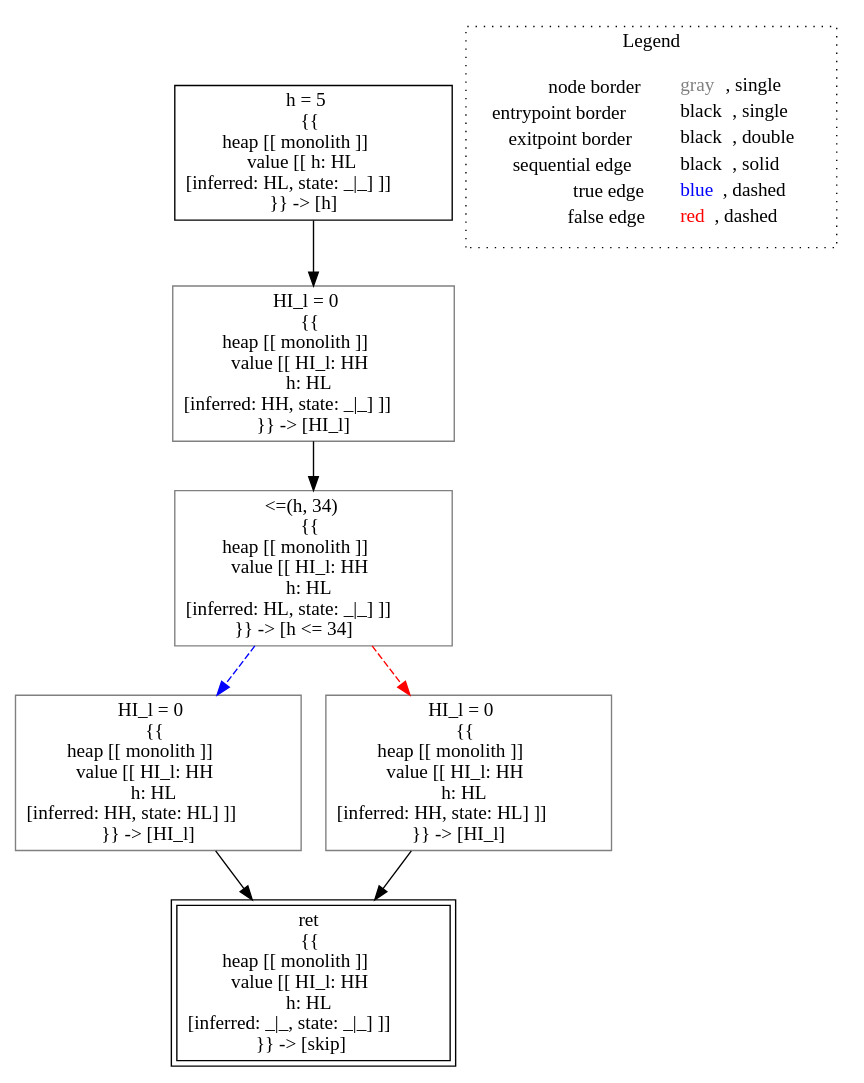
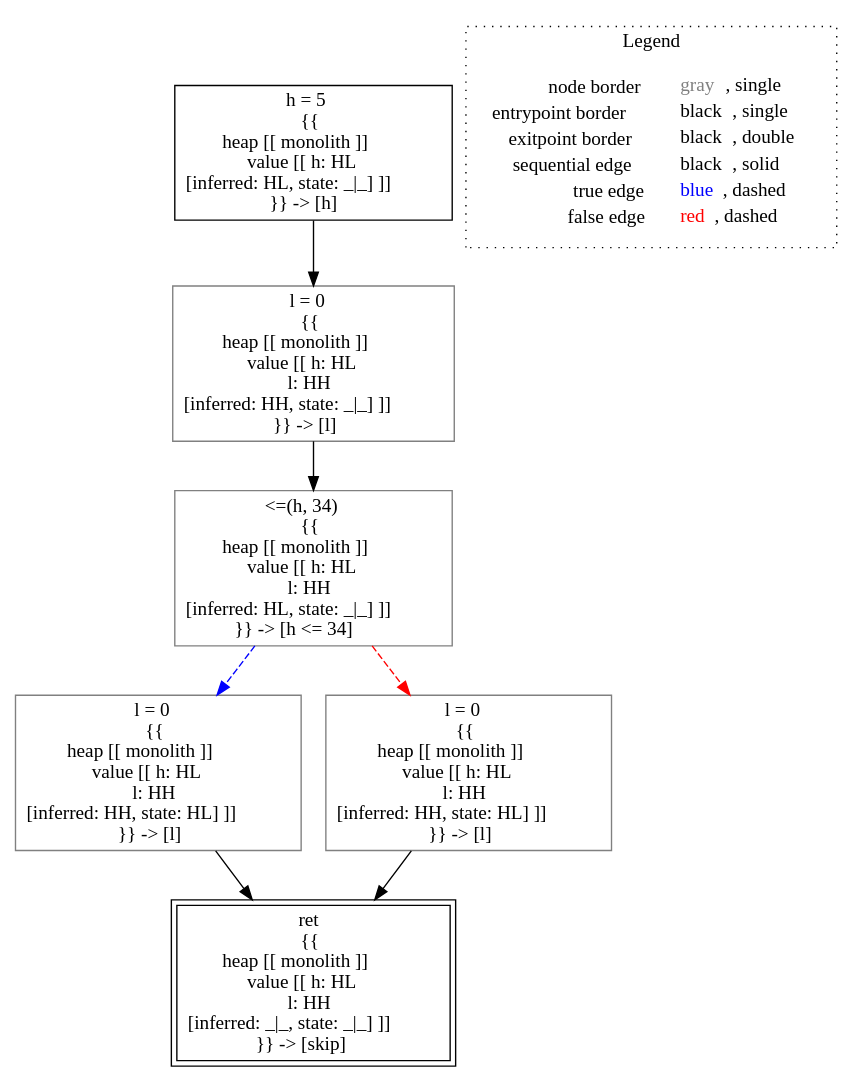
One commit to lisa-analyzer/lisa changed the diagram in lisa/imp-testcases/non-interference/integrity/analysis___untyped_Integrity.integrity_lec19ex5(Integrity_this).dot. Above: the diagram before and after it, drawn with Graphviz. The commit also changed 30 other files, not shown here.

```diff
--- a/lisa/imp-testcases/non-interference/integrity/analysis___untyped_Integrity.integrity_lec19ex5(Integrity_this).dot
+++ b/lisa/imp-testcases/non-interference/integrity/analysis___untyped_Integrity.integrity_lec19ex5(Integrity_this).dot
@@ -1,21 +1,21 @@
 digraph {
 	"node0" [shape="rect",color="black",label=<h = 5<BR/>{{<BR/>heap [[ monolith ]]<BR/>value [[ h: HL<BR/>[inferred: HL, state: _|_] ]]<BR/>}} -&gt; [h]>];
-	"node1" [shape="rect",color="gray",label=<&lt;=(h, 34)<BR/>{{<BR/>heap [[ monolith ]]<BR/>value [[ HI_l: HH<BR/>h: HL<BR/>[inferred: HL, state: _|_] ]]<BR/>}} -&gt; [h &lt;= 34]>];
-	"node2" [shape="rect",color="gray",label=<HI_l = 0<BR/>{{<BR/>heap [[ monolith ]]<BR/>value [[ HI_l: HH<BR/>h: HL<BR/>[inferred: HH, state: HL] ]]<BR/>}} -&gt; [HI_l]>];
-	"node3" [shape="rect",color="gray",label=<HI_l = 0<BR/>{{<BR/>heap [[ monolith ]]<BR/>value [[ HI_l: HH<BR/>h: HL<BR/>[inferred: HH, state: _|_] ]]<BR/>}} -&gt; [HI_l]>];
-	"node4" [shape="rect",color="black",peripheries="2",label=<ret<BR/>{{<BR/>heap [[ monolith ]]<BR/>value [[ HI_l: HH<BR/>h: HL<BR/>[inferred: _|_, state: _|_] ]]<BR/>}} -&gt; [skip]>];
-	"node5" [shape="rect",color="gray",label=<HI_l = 0<BR/>{{<BR/>heap [[ monolith ]]<BR/>value [[ HI_l: HH<BR/>h: HL<BR/>[inferred: HH, state: HL] ]]<BR/>}} -&gt; [HI_l]>];
-	"node1" -> "node2" [color="blue",style="dashed"];
-	"node1" -> "node5" [color="red",style="dashed"];
+	"node1" [shape="rect",color="gray",label=<l = 0<BR/>{{<BR/>heap [[ monolith ]]<BR/>value [[ h: HL<BR/>l: HH<BR/>[inferred: HH, state: HL] ]]<BR/>}} -&gt; [l]>];
+	"node2" [shape="rect",color="black",peripheries="2",label=<ret<BR/>{{<BR/>heap [[ monolith ]]<BR/>value [[ h: HL<BR/>l: HH<BR/>[inferred: _|_, state: _|_] ]]<BR/>}} -&gt; [skip]>];
+	"node3" [shape="rect",color="gray",label=<l = 0<BR/>{{<BR/>heap [[ monolith ]]<BR/>value [[ h: HL<BR/>l: HH<BR/>[inferred: HH, state: _|_] ]]<BR/>}} -&gt; [l]>];
+	"node4" [shape="rect",color="gray",label=<l = 0<BR/>{{<BR/>heap [[ monolith ]]<BR/>value [[ h: HL<BR/>l: HH<BR/>[inferred: HH, state: HL] ]]<BR/>}} -&gt; [l]>];
+	"node5" [shape="rect",color="gray",label=<&lt;=(h, 34)<BR/>{{<BR/>heap [[ monolith ]]<BR/>value [[ h: HL<BR/>l: HH<BR/>[inferred: HL, state: _|_] ]]<BR/>}} -&gt; [h &lt;= 34]>];
+	"node1" -> "node2" [color="black"];
+	"node3" -> "node5" [color="black"];
+	"node4" -> "node2" [color="black"];
+	"node5" -> "node1" [color="blue",style="dashed"];
+	"node5" -> "node4" [color="red",style="dashed"];
 	"node0" -> "node3" [color="black"];
-	"node2" -> "node4" [color="black"];
-	"node3" -> "node1" [color="black"];
-	"node5" -> "node4" [color="black"];
 subgraph cluster_legend {
 	label="Legend";
 	style=dotted;
 	node [shape=plaintext];
 	"legend" [label=<<table border="0" cellpadding="2" cellspacing="0" cellborder="0"><tr><td align="right">node border&nbsp;</td><td align="left"><font color="gray">gray</font>, single</td></tr><tr><td align="right">entrypoint border&nbsp;</td><td align="left"><font color="black">black</font>, single</td></tr><tr><td align="right">exitpoint border&nbsp;</td><td align="left"><font color="black">black</font>, double</td></tr><tr><td align="right">sequential edge&nbsp;</td><td align="left"><font color="black">black</font>, solid</td></tr><tr><td align="right">true edge&nbsp;</td><td align="left"><font color="blue">blue</font>, dashed</td></tr><tr><td align="right">false edge&nbsp;</td><td align="left"><font color="red">red</font>, dashed</td></tr></table>>];
 }
 
 }
```
